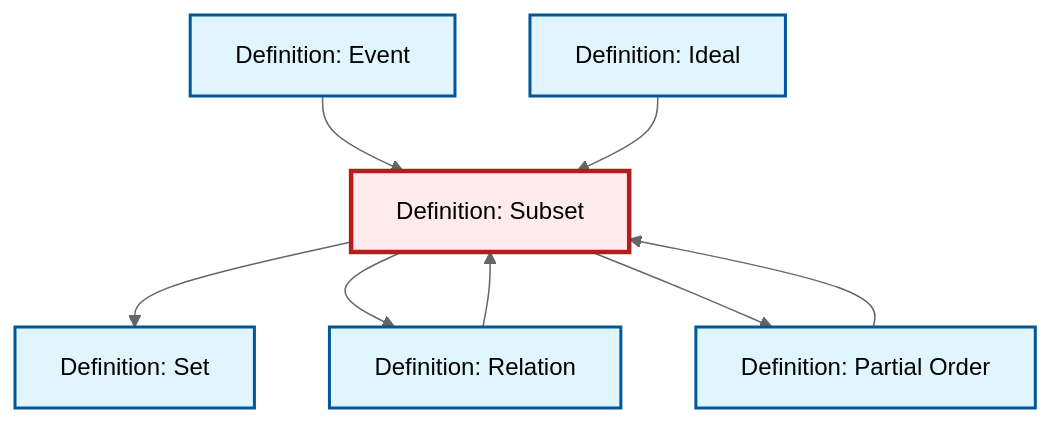
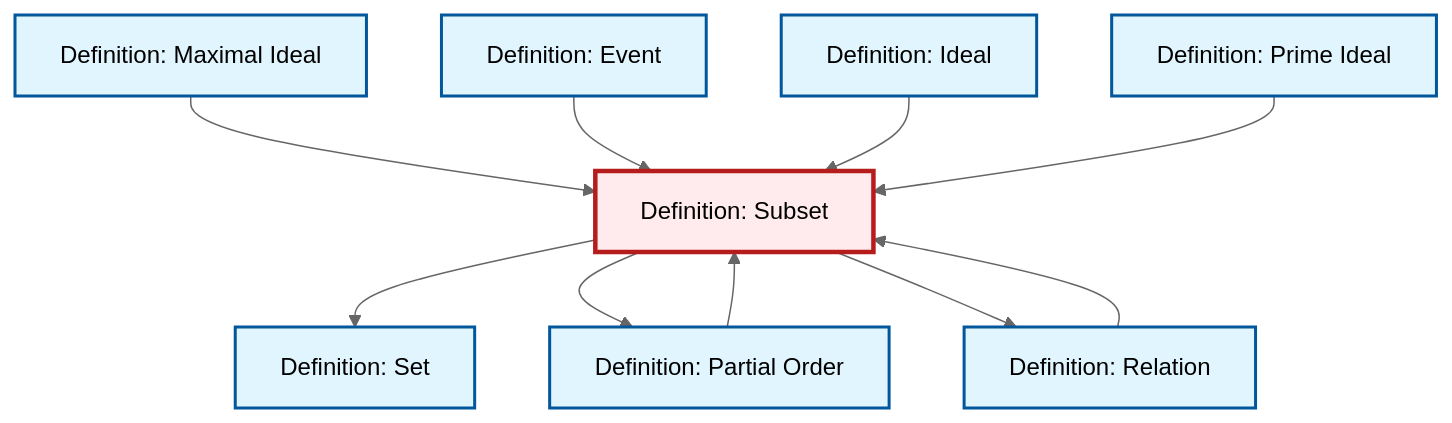
Before and after one commit to RK0429/ModernMath: the diagram in content/en/logic-set-theory/def-subset.qmd, drawn with Mermaid (neutral theme). The commit also changed 654 other files, not shown here.

````diff
--- a/content/en/logic-set-theory/def-subset.qmd
+++ b/content/en/logic-set-theory/def-subset.qmd
@@ -51,28 +51,34 @@
 ```{mermaid}
 %%| fig-cap: "Local dependency graph"
 graph TD
     classDef definition fill:#e1f5fe,stroke:#01579b,stroke-width:2px
     classDef theorem fill:#f3e5f5,stroke:#4a148c,stroke-width:2px
     classDef axiom fill:#fff3e0,stroke:#e65100,stroke-width:2px
     classDef example fill:#e8f5e9,stroke:#1b5e20,stroke-width:2px
     classDef current fill:#ffebee,stroke:#b71c1c,stroke-width:3px
+    def-set["Definition: Set"]:::definition
+    def-maximal-ideal["Definition: Maximal Ideal"]:::definition
     def-event["Definition: Event"]:::definition
+    def-prime-ideal["Definition: Prime Ideal"]:::definition
     def-subset["Definition: Subset"]:::definition
+    def-relation["Definition: Relation"]:::definition
+    def-ideal["Definition: Ideal"]:::definition
     def-partial-order["Definition: Partial Order"]:::definition
-    def-relation["Definition: Relation"]:::definition
-    def-set["Definition: Set"]:::definition
-    def-ideal["Definition: Ideal"]:::definition
+    def-maximal-ideal --> def-subset
+    def-subset --> def-set
     def-event --> def-subset
     def-ideal --> def-subset
-    def-subset --> def-set
+    def-partial-order --> def-subset
+    def-relation --> def-subset
+    def-subset --> def-partial-order
     def-subset --> def-relation
-    def-subset --> def-partial-order
-    def-relation --> def-subset
-    def-partial-order --> def-subset
+    def-prime-ideal --> def-subset
     class def-subset current
+    click def-set "def-set.html" "Go to Set definition"
+    click def-maximal-ideal "def-maximal-ideal.html" "Go to Maximal Ideal definition"
     click def-event "def-event.html" "Go to Event definition"
+    click def-prime-ideal "def-prime-ideal.html" "Go to Prime Ideal definition"
+    click def-relation "def-relation.html" "Go to Relation definition"
+    click def-ideal "def-ideal.html" "Go to Ideal definition"
     click def-partial-order "def-partial-order.html" "Go to Partial Order definition"
-    click def-relation "def-relation.html" "Go to Relation definition"
-    click def-set "def-set.html" "Go to Set definition"
-    click def-ideal "def-ideal.html" "Go to Ideal definition"
 ```
````
